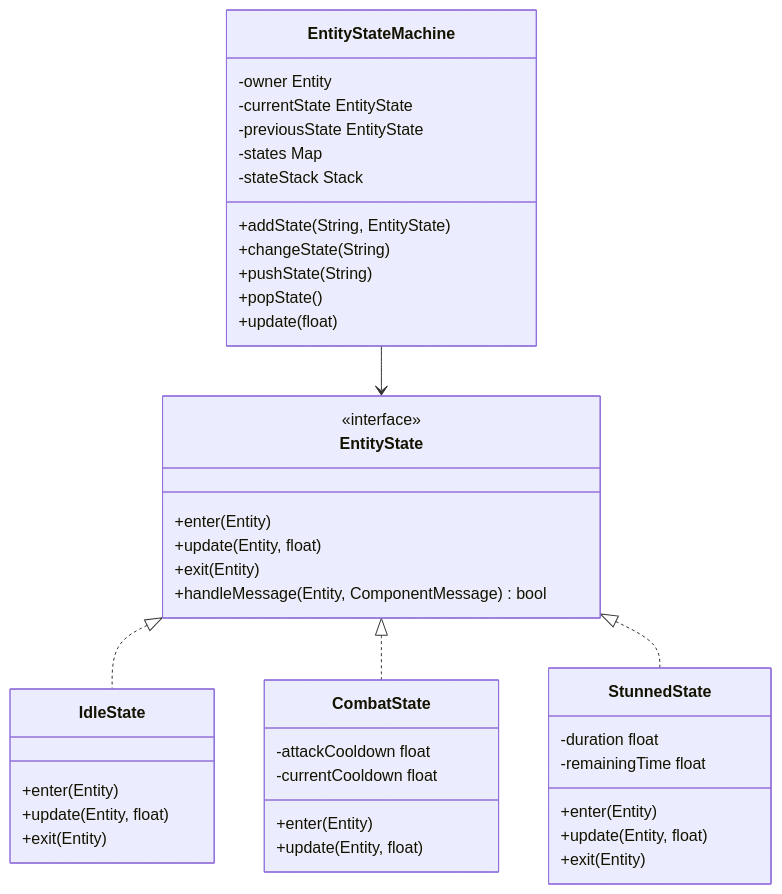
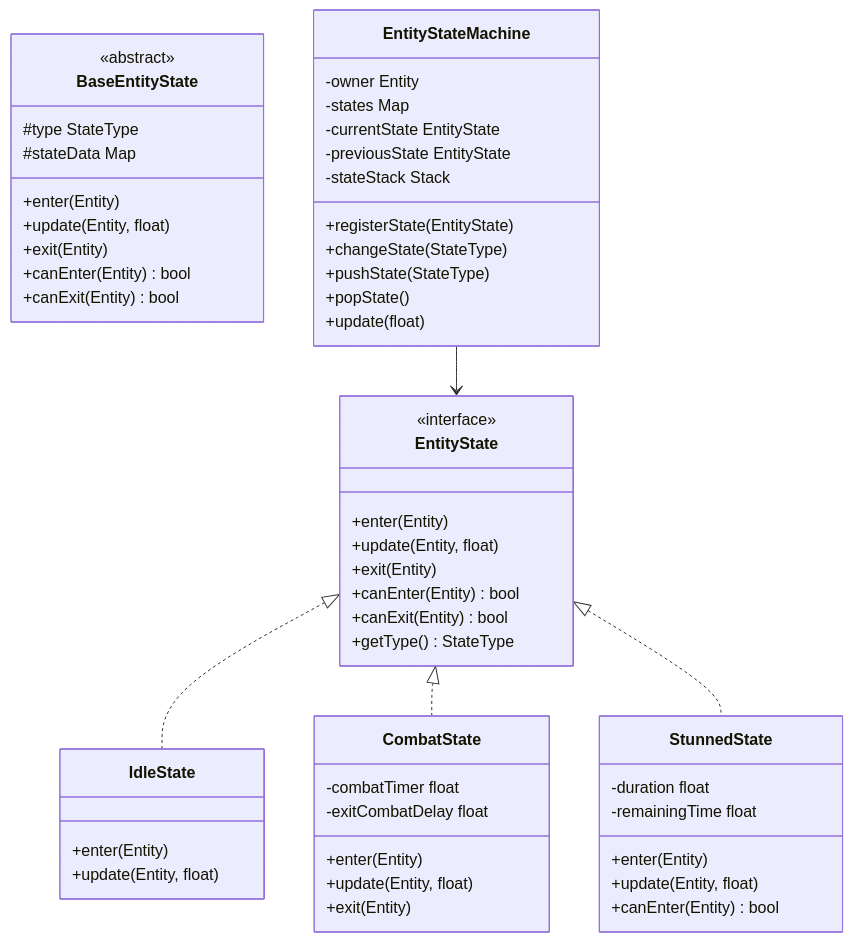
Before and after one commit to usersx/Software-Design-Patterns: the eighth of 13 diagrams in 重构模式.md, drawn with Mermaid. The commit also changed other lines of this file and 4 other files, not shown here.

````diff
--- a/重构模式.md
+++ b/重构模式.md
@@ -1331,53 +2050,66 @@
 ```mermaid
 classDiagram
     %% 接口和基类
     class EntityState {
         <<interface>>
         +enter(Entity)
         +update(Entity, float)
         +exit(Entity)
-        +handleMessage(Entity, ComponentMessage) bool
+        +canEnter(Entity) bool
+        +canExit(Entity) bool
+        +getType() StateType
     }
-
-    %% 状态机
-    class EntityStateMachine {
-        -owner Entity
-        -currentState EntityState
-        -previousState EntityState
-        -states Map
-        -stateStack Stack
-        +addState(String, EntityState)
-        +changeState(String)
-        +pushState(String)
-        +popState()
-        +update(float)
+    
+    class BaseEntityState {
+        <<abstract>>
+        #type StateType
+        #stateData Map
+        +enter(Entity)
+        +update(Entity, float)
+        +exit(Entity)
+        +canEnter(Entity) bool
+        +canExit(Entity) bool
     }
-
-    %% 具体状态
+    
+    %% 具体状态类
     class IdleState {
+        +enter(Entity)
+        +update(Entity, float)
+    }
+    
+    class CombatState {
+        -combatTimer float
+        -exitCombatDelay float
         +enter(Entity)
         +update(Entity, float)
         +exit(Entity)
     }
-
-    class CombatState {
-        -attackCooldown float
-        -currentCooldown float
-        +enter(Entity)
-        +update(Entity, float)
-    }
-
+    
     class StunnedState {
         -duration float
         -remainingTime float
         +enter(Entity)
         +update(Entity, float)
-        +exit(Entity)
+        +canEnter(Entity) bool
     }
-
+    
+    %% 状态机类
+    class EntityStateMachine {
+        -owner Entity
+        -states Map
+        -currentState EntityState
+        -previousState EntityState
+        -stateStack Stack
+        +registerState(EntityState)
+        +changeState(StateType)
+        +pushState(StateType)
+        +popState()
+        +update(float)
+    }
+    
     %% 关系
     EntityState <|.. IdleState
     EntityState <|.. CombatState
     EntityState <|.. StunnedState
     EntityStateMachine --> EntityState
 ```
````
